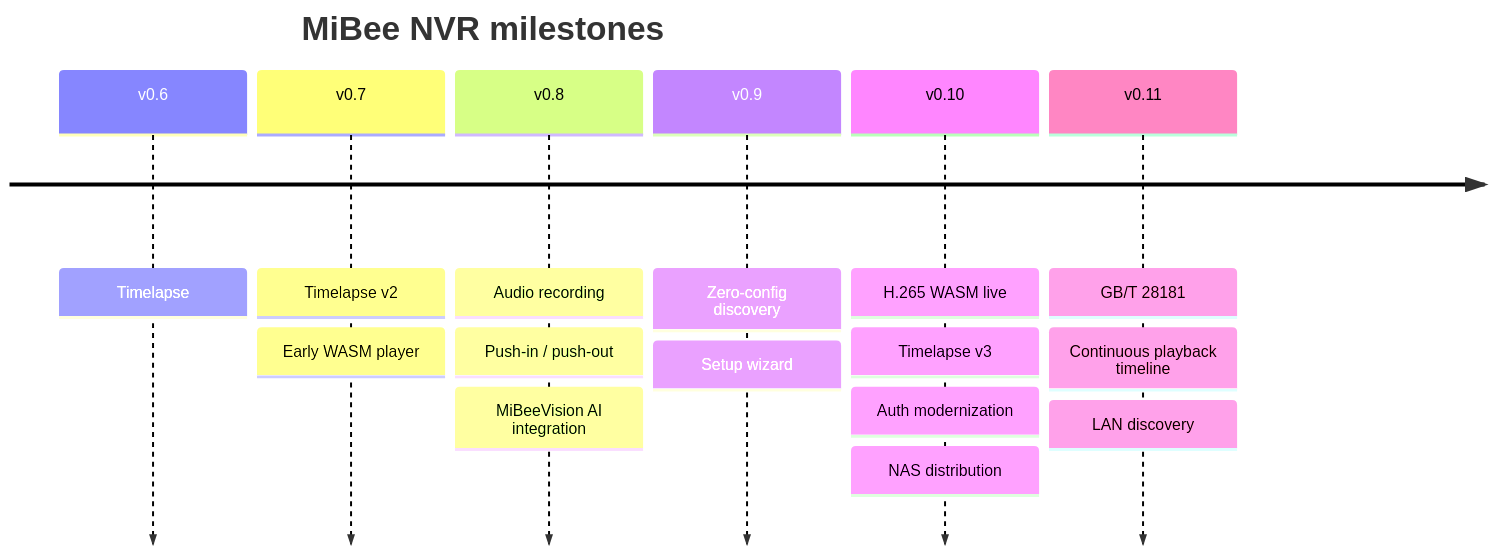
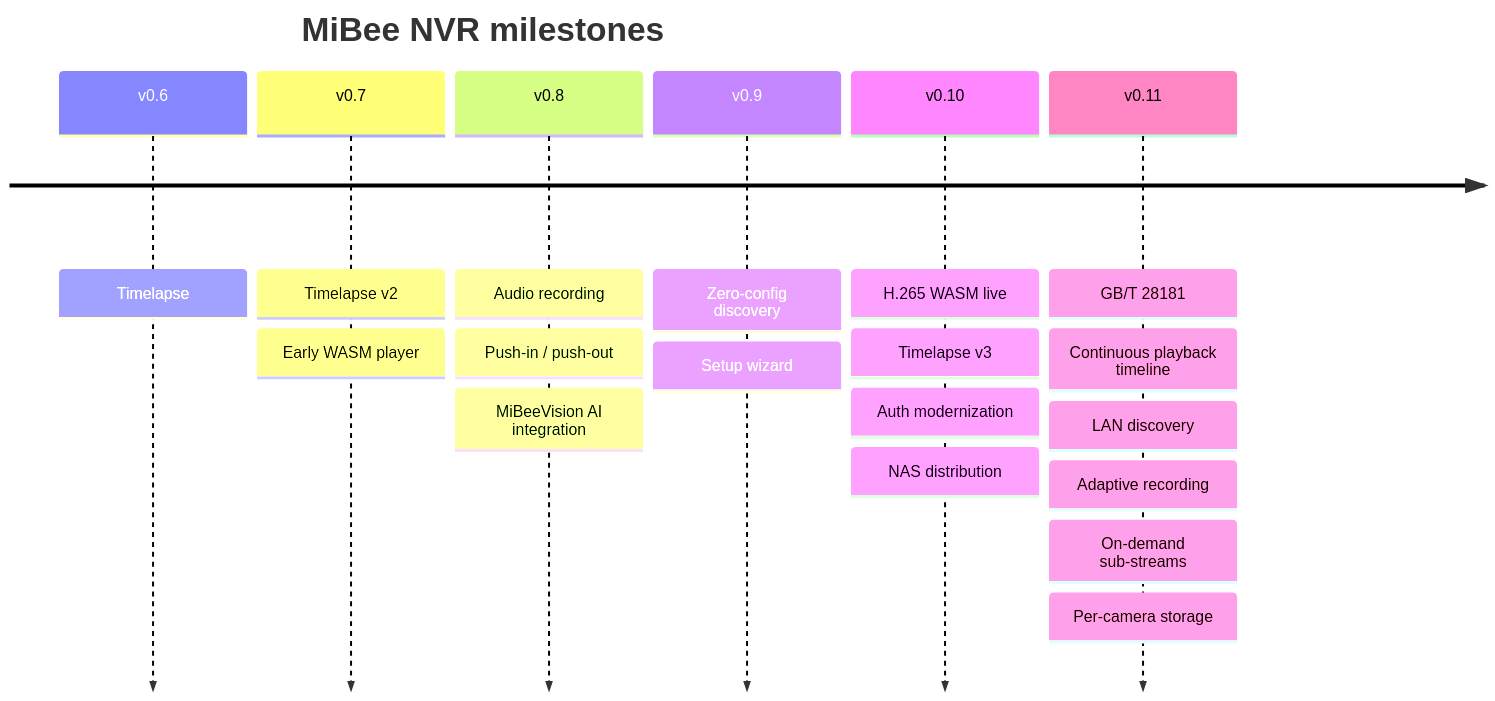
The diagram in docs/en/features.md (Mi-Bee-Studio/MiBeeNvr), drawn with Mermaid before and after one commit. The commit also changed other lines of this file and 105 other files, not shown here.

First line of the commit message:
docs: v0.12.0 手册全面翻新——自适应录像/存储管理/子码流新页 + 截图全量重截脱敏 + TDD 贡献规范 (#652)

````diff
--- a/docs/en/features.md
+++ b/docs/en/features.md
@@ -113,10 +120,10 @@
 ```mermaid
 timeline
     title MiBee NVR milestones
     v0.6 : Timelapse
     v0.7 : Timelapse v2 : Early WASM player
     v0.8 : Audio recording : Push-in / push-out : MiBeeVision AI integration
     v0.9 : Zero-config discovery : Setup wizard
     v0.10 : H.265 WASM live : Timelapse v3 : Auth modernization : NAS distribution
-    v0.11 : GB/T 28181 : Continuous playback timeline : LAN discovery
+    v0.11 : GB/T 28181 : Continuous playback timeline : LAN discovery : Adaptive recording : On-demand sub-streams : Per-camera storage
 ```
````
